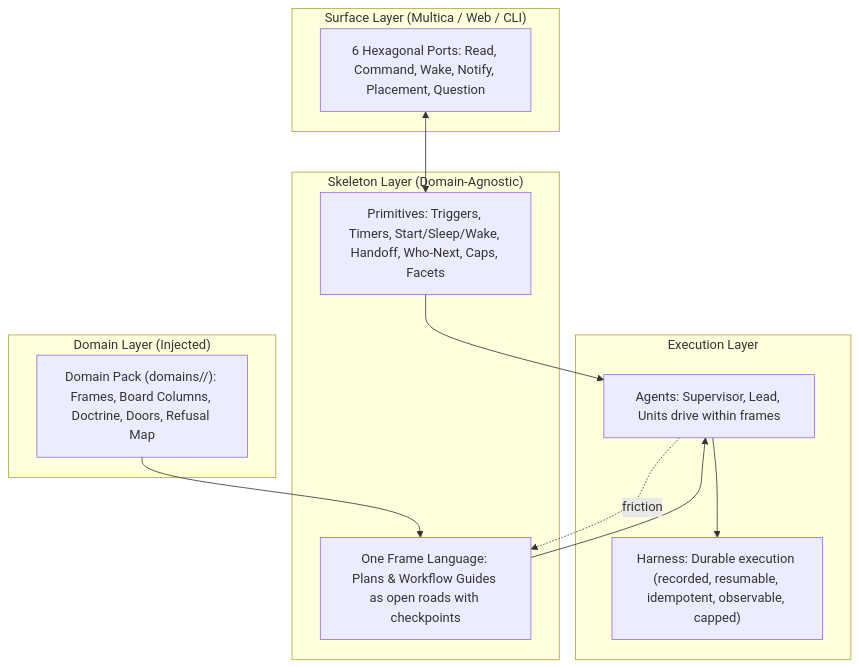
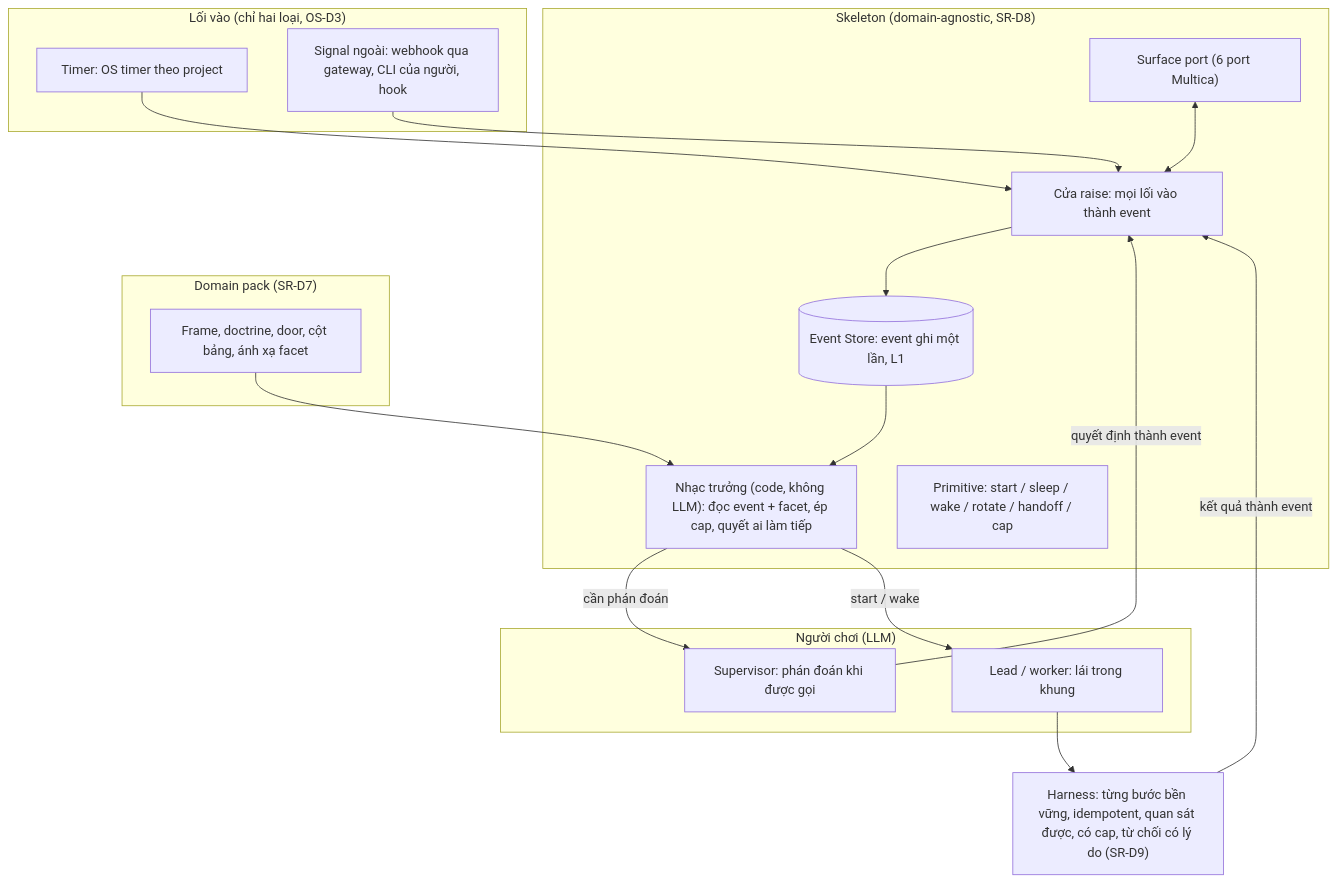
Before and after one commit to vantt/forgent: the diagram in docs/discussions/orchestration-skeleton/DISCUSSION.md, drawn with Mermaid. The commit also changed other lines of this file, not shown here.

Commit message:
docs(discussion): record the owner's confirmed intent as the orchestration-skeleton north star

````diff
--- a/docs/discussions/orchestration-skeleton/DISCUSSION.md
+++ b/docs/discussions/orchestration-skeleton/DISCUSSION.md
@@ -106,27 +109,38 @@
 ```mermaid
 flowchart TB
-  subgraph Surface ["Surface Layer (Multica / Web / CLI)"]
-    SP[6 Hexagonal Ports: Read, Command, Wake, Notify, Placement, Question]
+  subgraph Entry ["Lối vào (chỉ hai loại, OS-D3)"]
+    T[Timer: OS timer theo project]
+    X["Signal ngoài: webhook qua gateway, CLI của người, hook"]
   end
 
-  subgraph Skeleton ["Skeleton Layer (Domain-Agnostic)"]
-    PR[Primitives: Triggers, Timers, Start/Sleep/Wake, Handoff, Who-Next, Caps, Facets]
-    FL[One Frame Language: Plans & Workflow Guides as open roads with checkpoints]
+  subgraph Skeleton ["Skeleton (domain-agnostic, SR-D8)"]
+    R["Cửa raise: mọi lối vào thành event"]
+    ES[(Event Store: event ghi một lần, L1)]
+    C["Nhạc trưởng (code, không LLM): đọc event + facet, ép cap, quyết ai làm tiếp"]
+    P["Primitive: start / sleep / wake / rotate / handoff / cap"]
+    SP["Surface port (6 port Multica)"]
   end
 
-  subgraph Domain ["Domain Layer (Injected)"]
-    DP["Domain Pack (domains/<d>/): Frames, Board Columns, Doctrine, Doors, Refusal Map"]
+  subgraph Domain ["Domain pack (SR-D7)"]
+    DP["Frame, doctrine, door, cột bảng, ánh xạ facet"]
   end
 
-  subgraph Execution ["Execution Layer"]
-    AG[Agents: Supervisor, Lead, Units drive within frames]
-    HA["Harness: Durable execution (recorded, resumable, idempotent, observable, capped)"]
+  subgraph Players ["Người chơi (LLM)"]
+    SV[Supervisor: phán đoán khi được gọi]
+    LD[Lead / worker: lái trong khung]
   end
 
-  SP <--> PR
-  PR --> AG
-  FL --> AG
-  DP --> FL
-  AG --> HA
-  AG -. friction .-> FL
+  H["Harness: từng bước bền vững, idempotent, quan sát được, có cap, từ chối có lý do (SR-D9)"]
+
+  T --> R
+  X --> R
+  SP <--> R
+  R --> ES
+  ES --> C
+  DP --> C
+  C -->|cần phán đoán| SV
+  C -->|start / wake| LD
+  SV -->|quyết định thành event| R
+  LD --> H
+  H -->|kết quả thành event| R
 ```
````
